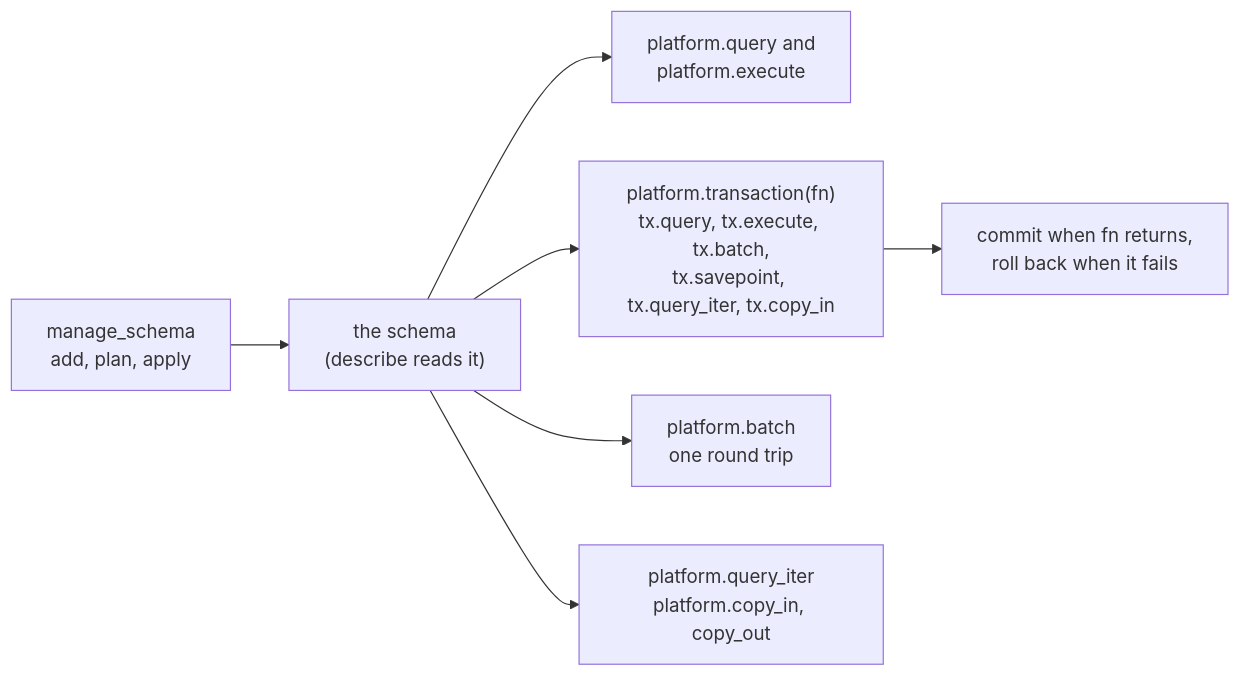
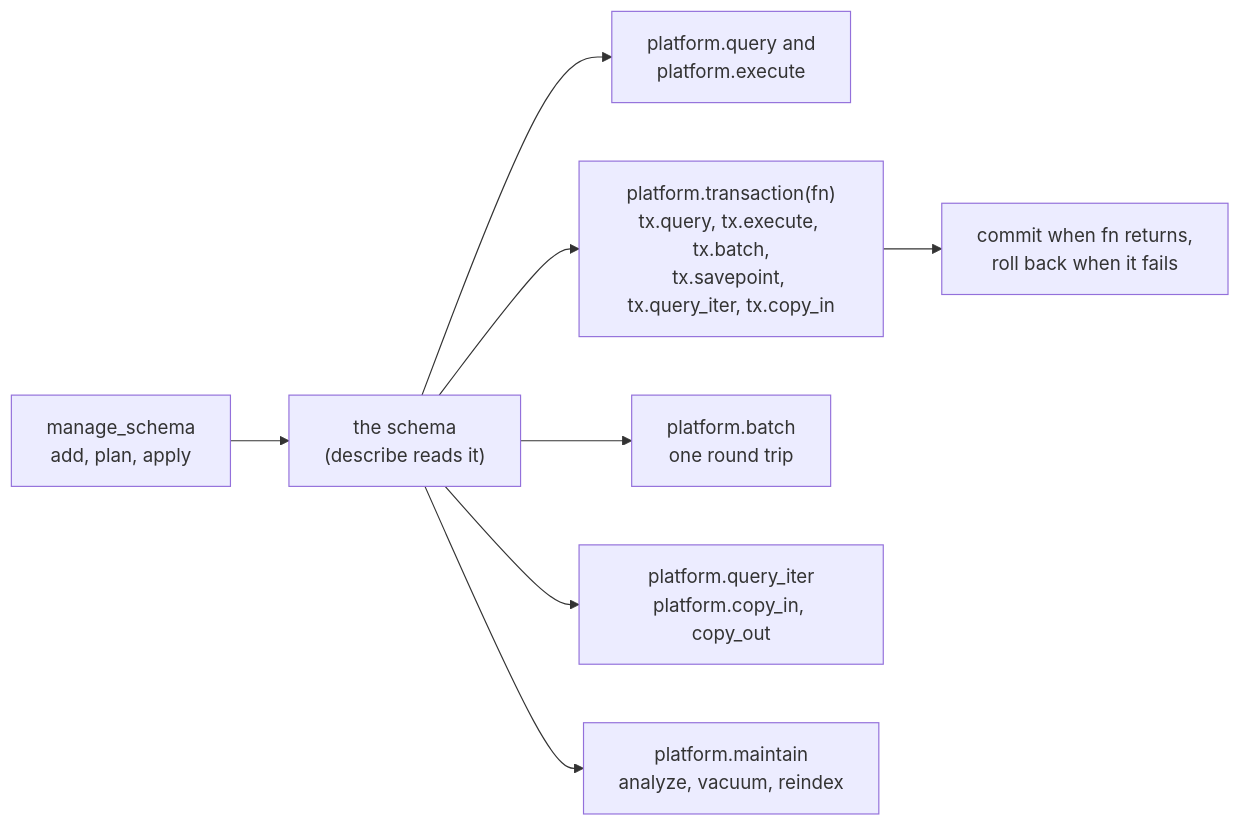
One commit to txn2/mcp-data-platform changed the diagram in internal/platform/knowledgebuiltin/pages/application-databases.md. Above: the diagram before and after it, drawn with Mermaid. The commit also changed other lines of this file and 132 other files, not shown here.

````diff
--- a/internal/platform/knowledgebuiltin/pages/application-databases.md
+++ b/internal/platform/knowledgebuiltin/pages/application-databases.md
@@ -8,9 +8,10 @@
 ```mermaid
 flowchart LR
   M["manage_schema<br/>add, plan, apply"] --> S["the schema<br/>(describe reads it)"]
   S --> Q["platform.query and<br/>platform.execute"]
   S --> T["platform.transaction(fn)<br/>tx.query, tx.execute, tx.batch,<br/>tx.savepoint, tx.query_iter, tx.copy_in"]
   S --> B["platform.batch<br/>one round trip"]
   S --> P["platform.query_iter<br/>platform.copy_in, copy_out"]
+  S --> MT["platform.maintain<br/>analyze, vacuum, reindex"]
   T --> C["commit when fn returns,<br/>roll back when it fails"]
 ```
````
